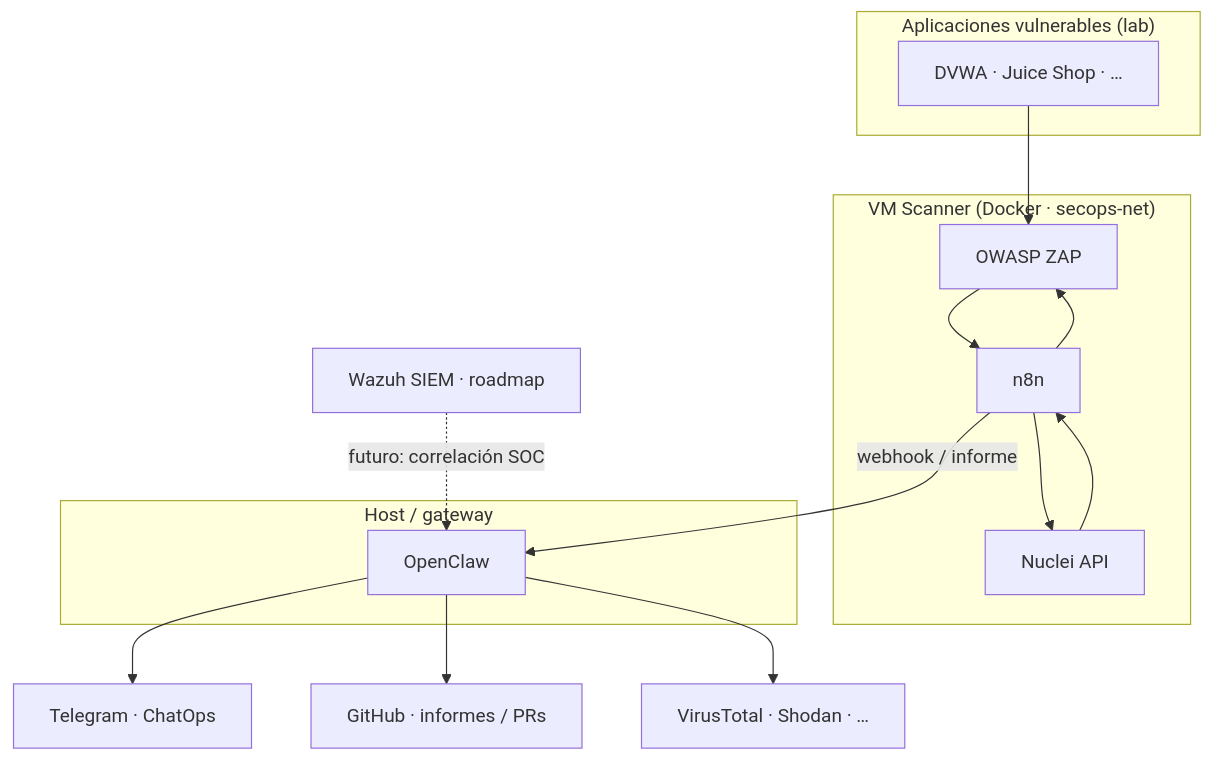
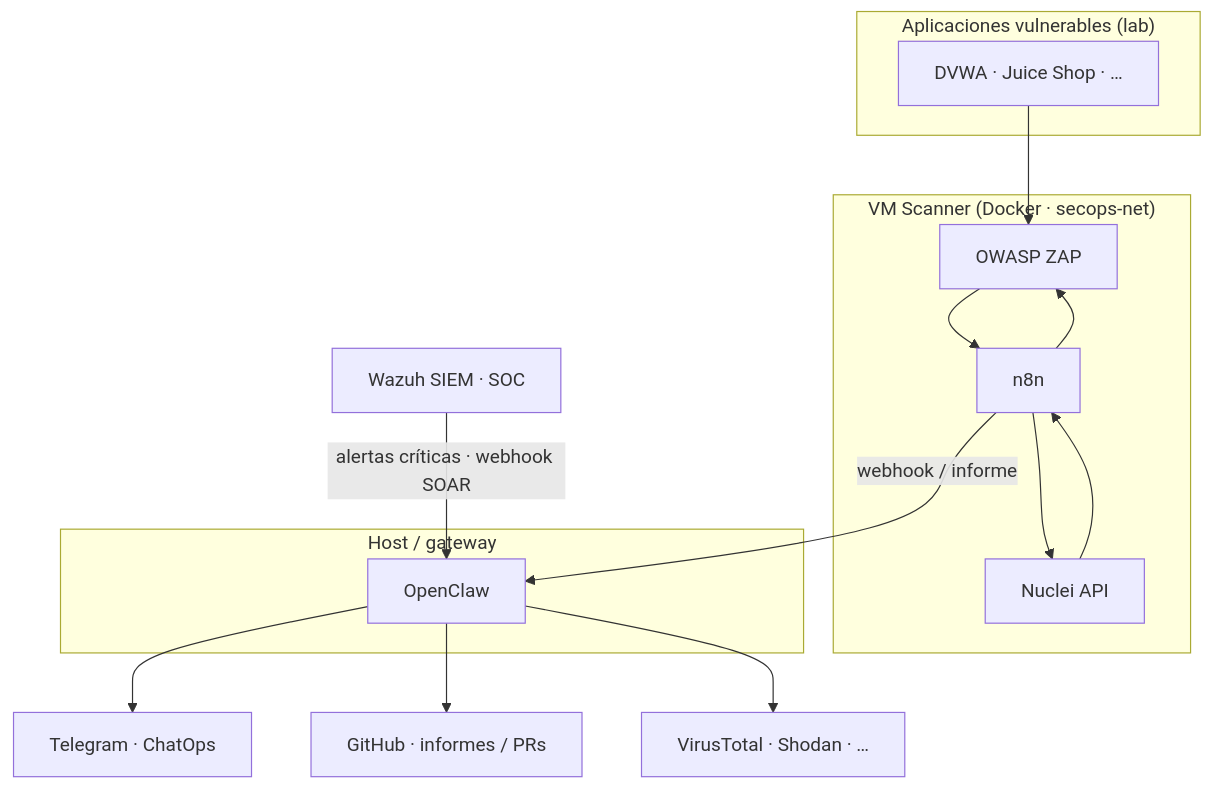
One commit to IveenNet/DespedidaMonteruelo changed the diagram in README.md. Above: the diagram before and after it, drawn with Mermaid. The commit also changed other lines of this file and 6 other files, not shown here.

````diff
--- a/README.md
+++ b/README.md
@@ -24,29 +24,29 @@
 ```mermaid
 flowchart TB
   subgraph targets["Aplicaciones vulnerables (lab)"]
     A[DVWA · Juice Shop · …]
   end
 
   subgraph stack["VM Scanner (Docker · secops-net)"]
     N[n8n]
     Z[OWASP ZAP]
     Nu[Nuclei API]
     N --> Z
     N --> Nu
   end
 
   subgraph agente["Host / gateway"]
     OC[OpenClaw]
   end
 
   A --> Z
   Z --> N
   Nu --> N
   N -->|webhook / informe| OC
   OC --> TG[Telegram · ChatOps]
   OC --> GH[GitHub · informes / PRs]
   OC --> ENR[VirusTotal · Shodan · …]
 
-  Wazuh[Wazuh SIEM · roadmap]
-  Wazuh -.->|futuro: correlación SOC| OC
+  Wazuh[Wazuh SIEM · SOC]
+  Wazuh -->|alertas críticas · webhook SOAR| OC
 ```
````
